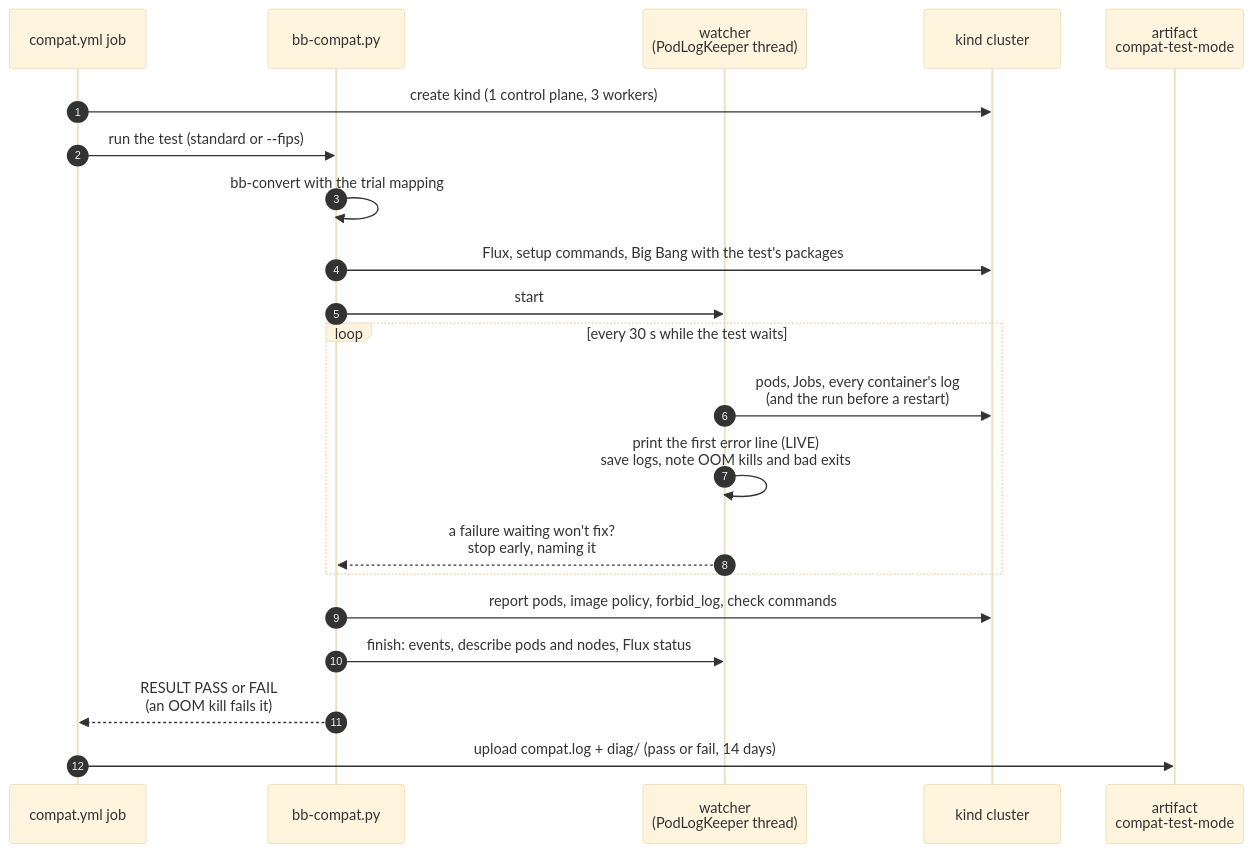
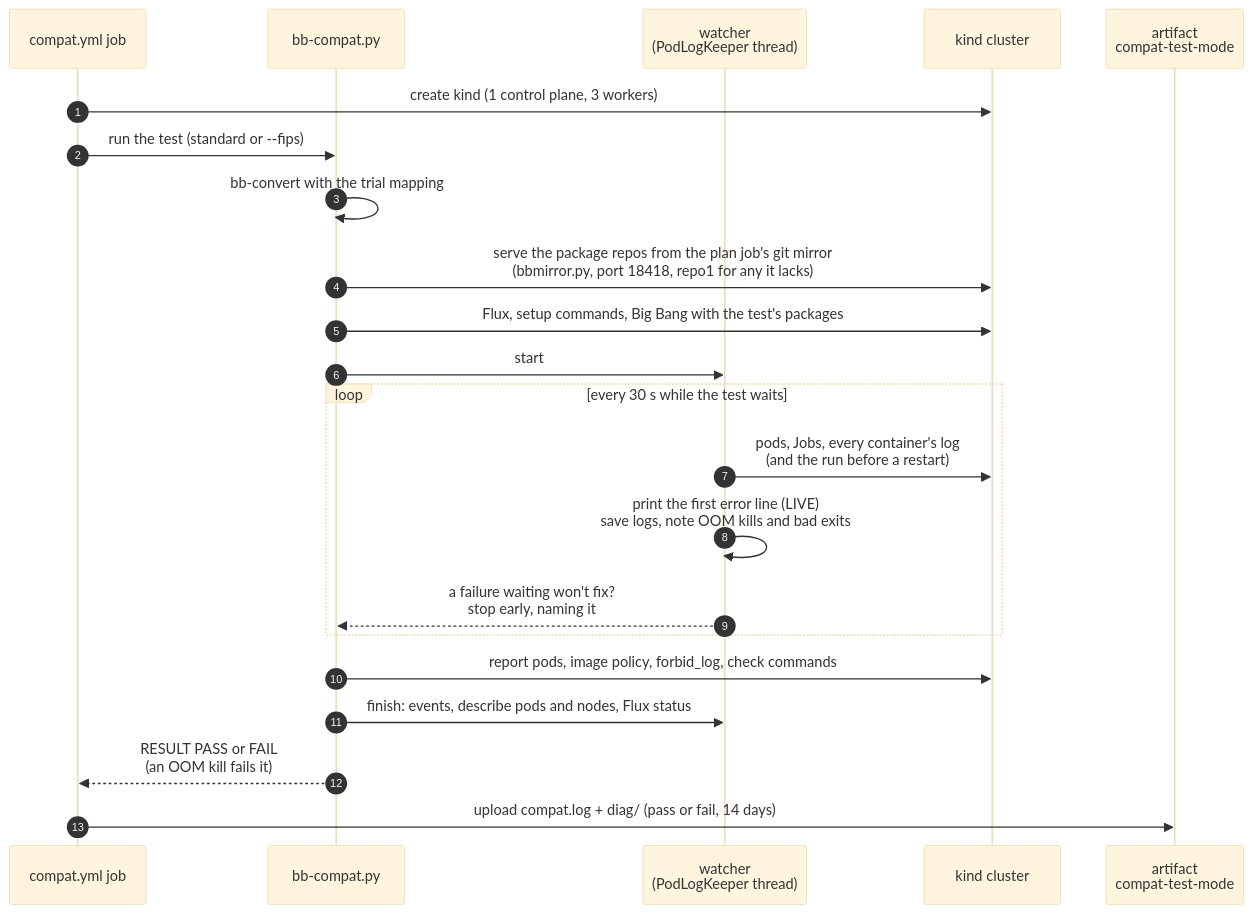
The second of 2 diagrams in docs/testing.md (Zapata-Technology/bigbang-chainguard), drawn with Mermaid (base theme) before and after one commit. The commit also changed other lines of this file and 10 other files, not shown here.

````diff
--- a/docs/testing.md
+++ b/docs/testing.md
@@ -125,24 +125,25 @@
 ```mermaid
 sequenceDiagram
     autonumber
     participant J as compat.yml job
     participant H as bb-compat.py
     participant W as watcher<br/>(PodLogKeeper thread)
     participant K as kind cluster
     participant A as artifact<br/>compat-test-mode
 
     J->>K: create kind (1 control plane, 3 workers)
     J->>H: run the test (standard or --fips)
     H->>H: bb-convert with the trial mapping
+    H->>K: serve the package repos from the plan job's git mirror<br/>(bbmirror.py, port 18418, repo1 for any it lacks)
     H->>K: Flux, setup commands, Big Bang with the test's packages
     H->>W: start
     loop every 30 s while the test waits
         W->>K: pods, Jobs, every container's log<br/>(and the run before a restart)
         W->>W: print the first error line (LIVE)<br/>save logs, note OOM kills and bad exits
         W-->>H: a failure waiting won't fix?<br/>stop early, naming it
     end
     H->>K: report pods, image policy, forbid_log, check commands
     H->>W: finish: events, describe pods and nodes, Flux status
     H-->>J: RESULT PASS or FAIL<br/>(an OOM kill fails it)
     J->>A: upload compat.log + diag/ (pass or fail, 14 days)
 ```
````
